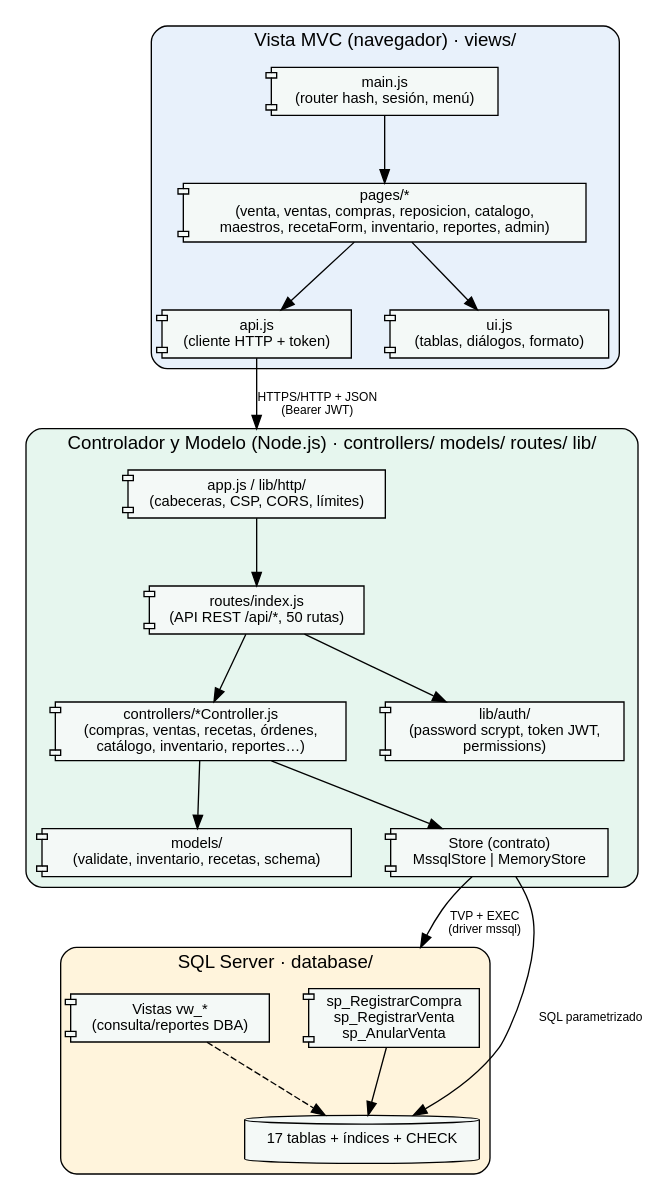
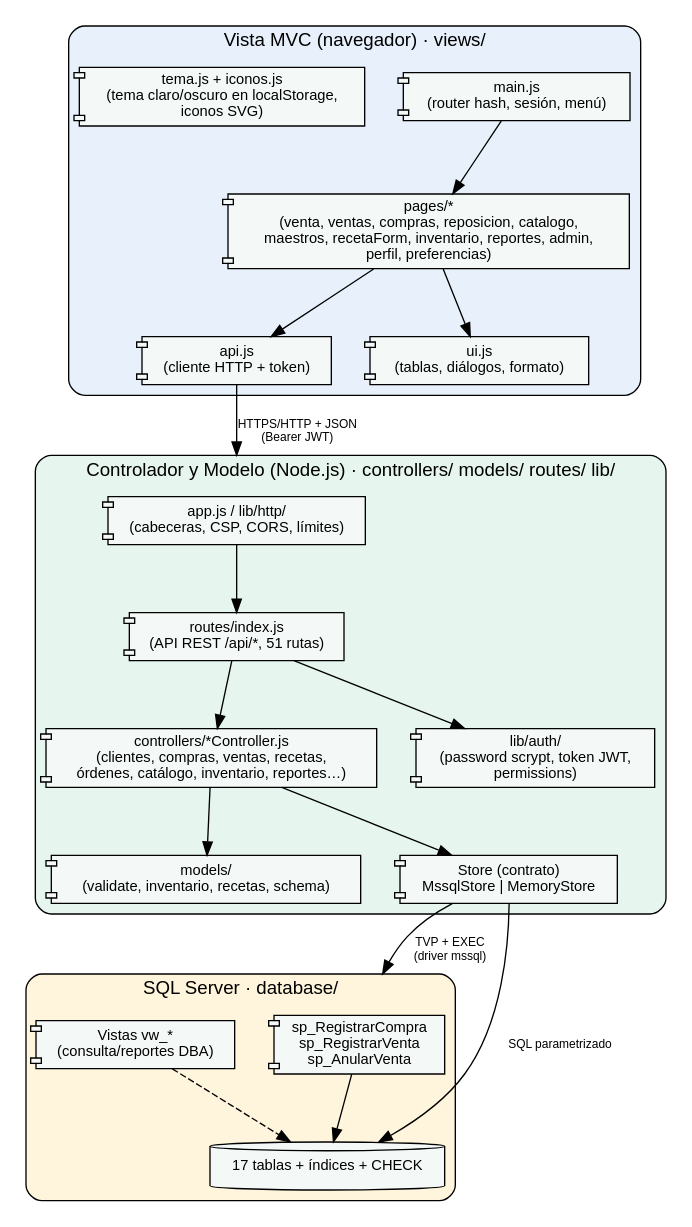
Before and after one commit to angelonavarroxd23-lab/Farma-Control: the diagram in docs/diagramas/src/componentes.dot, drawn with Graphviz. The commit also changed 42 other files, not shown here.

```diff
--- a/docs/diagramas/src/componentes.dot
+++ b/docs/diagramas/src/componentes.dot
@@ -1,11 +1,11 @@
 digraph C { rankdir=TB; bgcolor=white; compound=true; nodesep=0.4; ranksep=0.7;
 node [shape=component, style=filled, fillcolor="#F4F9F7", fontname=Helvetica, fontsize=11]; edge [fontname=Helvetica, fontsize=9];
 subgraph cluster_f { label="Vista MVC (navegador) · views/"; style="rounded,filled"; fillcolor="#E8F1FB"; fontname=Helvetica;
- main [label="main.js\n(router hash, sesión, menú)"]; pages [label="pages/*\n(venta, ventas, compras, reposicion, catalogo,\nmaestros, recetaForm, inventario, reportes, admin)"]; api [label="api.js\n(cliente HTTP + token)"]; ui [label="ui.js\n(tablas, diálogos, formato)"]; }
+ main [label="main.js\n(router hash, sesión, menú)"]; pages [label="pages/*\n(venta, ventas, compras, reposicion, catalogo,\nmaestros, recetaForm, inventario, reportes, admin,\nperfil, preferencias)"]; tema [label="tema.js + iconos.js\n(tema claro/oscuro en localStorage,\niconos SVG)"]; api [label="api.js\n(cliente HTTP + token)"]; ui [label="ui.js\n(tablas, diálogos, formato)"]; }
 subgraph cluster_b { label="Controlador y Modelo (Node.js) · controllers/ models/ routes/ lib/"; style="rounded,filled"; fillcolor="#E6F6EE"; fontname=Helvetica;
- app [label="app.js / lib/http/\n(cabeceras, CSP, CORS, límites)"]; routes [label="routes/index.js\n(API REST /api/*, 50 rutas)"]; ctrl [label="controllers/*Controller.js\n(compras, ventas, recetas, órdenes,\ncatálogo, inventario, reportes…)"]; auth [label="lib/auth/\n(password scrypt, token JWT,\npermissions)"]; mod [label="models/\n(validate, inventario, recetas, schema)"]; store [label="Store (contrato)\nMssqlStore | MemoryStore"]; }
+ app [label="app.js / lib/http/\n(cabeceras, CSP, CORS, límites)"]; routes [label="routes/index.js\n(API REST /api/*, 51 rutas)"]; ctrl [label="controllers/*Controller.js\n(clientes, compras, ventas, recetas,\nórdenes, catálogo, inventario, reportes…)"]; auth [label="lib/auth/\n(password scrypt, token JWT,\npermissions)"]; mod [label="models/\n(validate, inventario, recetas, schema)"]; store [label="Store (contrato)\nMssqlStore | MemoryStore"]; }
 subgraph cluster_d { label="SQL Server · database/"; style="rounded,filled"; fillcolor="#FFF4DC"; fontname=Helvetica;
  tabs [label="17 tablas + índices + CHECK", shape=cylinder]; sps [label="sp_RegistrarCompra\nsp_RegistrarVenta\nsp_AnularVenta"]; views [label="Vistas vw_*\n(consulta/reportes DBA)"]; }
 main -> pages; pages -> api; pages -> ui; api -> app [label="HTTPS/HTTP + JSON\n(Bearer JWT)", lhead=cluster_b];
 app -> routes; routes -> auth; routes -> ctrl; ctrl -> mod; ctrl -> store;
 store -> sps [label="TVP + EXEC\n(driver mssql)", lhead=cluster_d]; store -> tabs [label="SQL parametrizado"]; sps -> tabs; views -> tabs [style=dashed]; }
```
